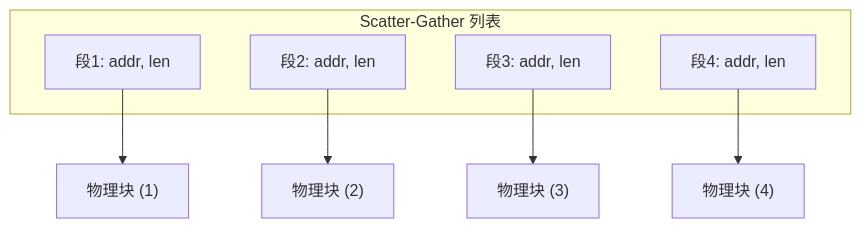
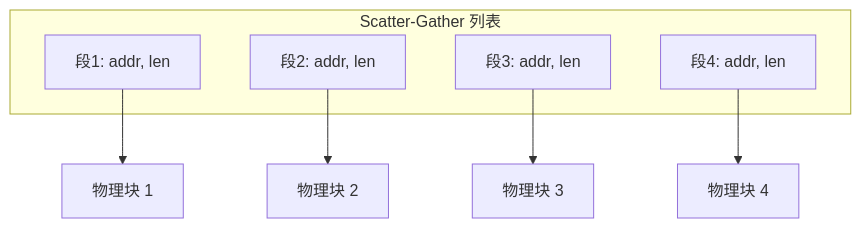
The fifth of 10 diagrams in content/articles/os/os-18-OS面试题-IO系统.md (jpixy/jpixy.github.io), drawn with Mermaid before and after one commit. The commit also changed other lines of this file and 66 other files, not shown here.

Commit message:
fix: resolve Mermaid syntax errors by removing parentheses in node labels

````diff
--- a/content/articles/os/os-18-OS面试题-IO系统.md
+++ b/content/articles/os/os-18-OS面试题-IO系统.md
@@ -304,14 +304,14 @@
 ```mermaid
 graph TB
     subgraph SGL["Scatter-Gather 列表"]
         S1["段1: addr, len"]
         S2["段2: addr, len"]
         S3["段3: addr, len"]
         S4["段4: addr, len"]
     end
     
-    S1 --> B1["物理块 (1)"]
-    S2 --> B2["物理块 (2)"]
-    S3 --> B3["物理块 (3)"]
-    S4 --> B4["物理块 (4)"]
+    S1 --> B1["物理块 1"]
+    S2 --> B2["物理块 2"]
+    S3 --> B3["物理块 3"]
+    S4 --> B4["物理块 4"]
 ```
````
